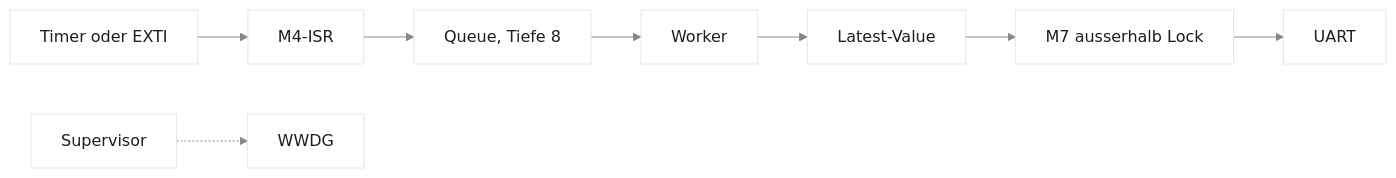
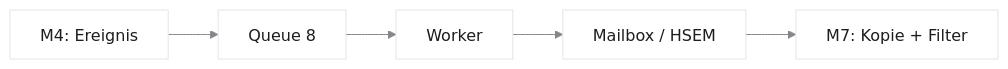
The seventh of 8 diagrams in vorlesungen/09_capstone-architekturmuster.qmd (dantschi/echtzeitsysteme), drawn with Mermaid before and after one commit. The commit also changed other lines of this file and 12 other files, not shown here.

````diff
--- a/vorlesungen/09_capstone-architekturmuster.qmd
+++ b/vorlesungen/09_capstone-architekturmuster.qmd
@@ -540,12 +468,8 @@
 ```{mermaid}
-%%| fig-width: 8.8
-%%{init: {'theme': 'base', 'themeVariables': {'background': '#FFFFFF', 'primaryColor': '#FFFFFF', 'primaryBorderColor': '#E5E5EA', 'primaryTextColor': '#1D1D1F', 'lineColor': '#86868B'}}}%%
+%%| fig-width: 5.4
+%%{init: {'theme':'base','htmlLabels':false,'flowchart':{'htmlLabels':false},'themeVariables':{'background':'#FFFFFF','primaryColor':'#FFFFFF','primaryBorderColor':'#E5E5EA','primaryTextColor':'#1D1D1F','lineColor':'#86868B'}}}%%
 flowchart LR
-  T["Timer oder EXTI"] --> ISR["M4-ISR"]
-  ISR --> Q["Queue, Tiefe 8"]
-  Q --> TASK["Worker"]
-  TASK --> MB["Latest-Value"]
-  MB --> FIL["M7 ausserhalb Lock"]
-  FIL --> UART["UART"]
-  SUP["Supervisor"] -.-> WD["WWDG"]
+ E["M4: Ereignis"] --> Q["Queue 8"] --> W["Worker"]
+ W --> B["Mailbox / HSEM"] --> F["M7: Kopie + Filter"]
+
 ```
````
